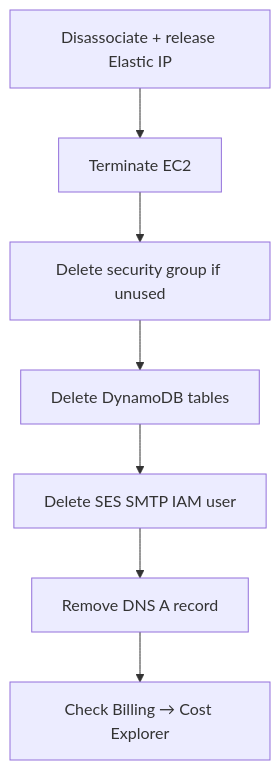
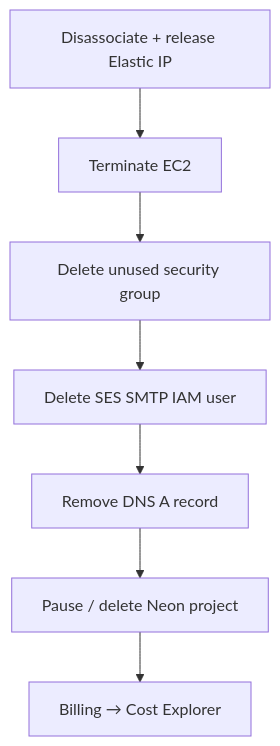
The diagram in content/tracks/backend-from-zero/lessons/34-teardown.md (sreecharan-desu/hackx-slides), drawn with Mermaid before and after one commit. The commit also changed other lines of this file and 38 other files, not shown here.

````diff
--- a/content/tracks/backend-from-zero/lessons/34-teardown.md
+++ b/content/tracks/backend-from-zero/lessons/34-teardown.md
@@ -10,9 +10,9 @@
 ```mermaid
 flowchart TB
   A[Disassociate + release Elastic IP] --> B[Terminate EC2]
-  B --> C[Delete security group if unused]
-  C --> D[Delete DynamoDB tables]
-  D --> E[Delete SES SMTP IAM user]
-  E --> F[Remove DNS A record]
-  F --> G[Check Billing → Cost Explorer]
+  B --> C[Delete unused security group]
+  C --> D[Delete SES SMTP IAM user]
+  D --> E[Remove DNS A record]
+  E --> F[Pause / delete Neon project]
+  F --> G[Billing → Cost Explorer]
 ```
````
